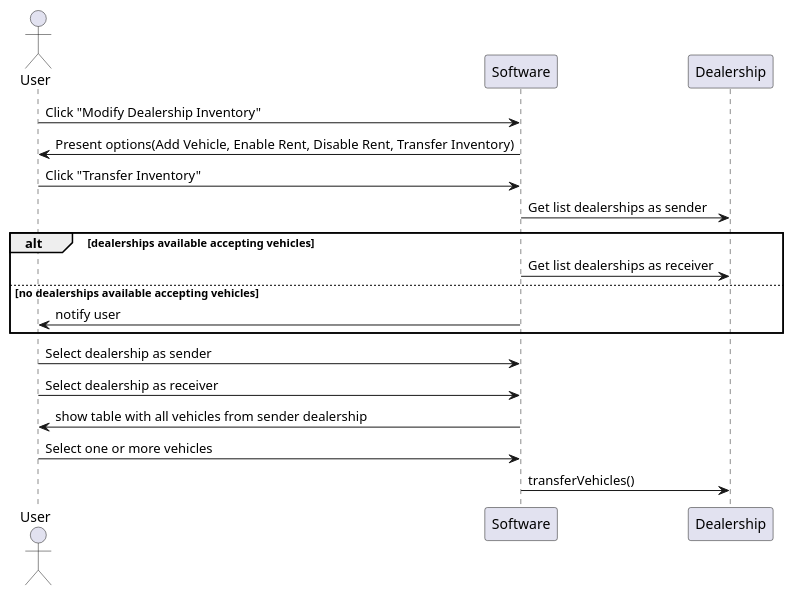
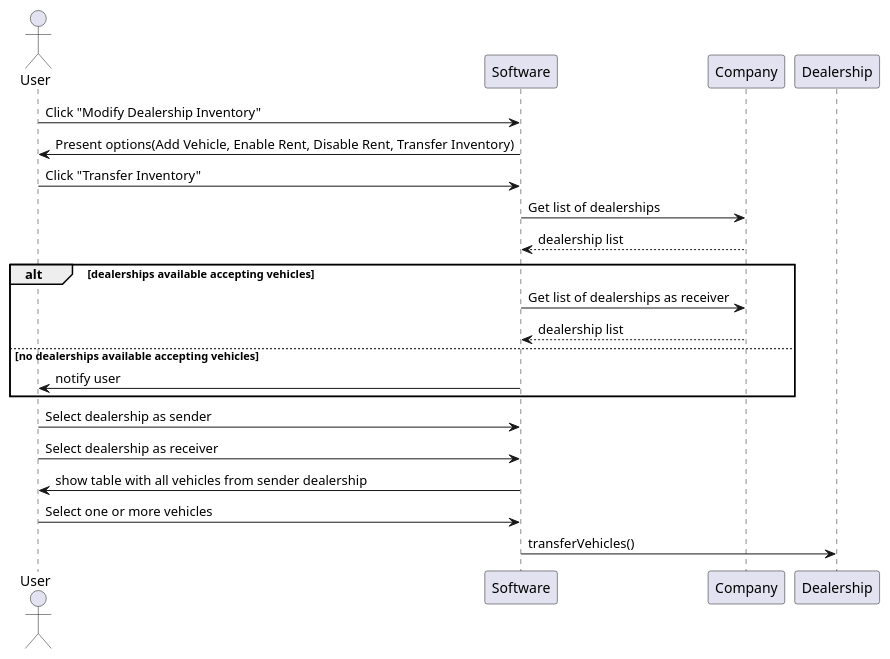
The diagram in UMLdiagrams/TransferVehicle.puml (masonday1/DealershipProject), drawn with PlantUML before and after one commit. The commit also changed 6 other files, not shown here.

Commit message:
Updated sequence diagrams and requirements. They still need to be worked on.

```diff
--- a/UMLdiagrams/TransferVehicle.puml
+++ b/UMLdiagrams/TransferVehicle.puml
@@ -1,27 +1,31 @@
 @startuml
 'https://plantuml.com/sequence-diagram
 
 actor User
 participant "Software" as System
+participant "Company" as Company
 participant "Dealership" as Dealership
 
 
 User -> System: Click "Modify Dealership Inventory"
 System -> User: Present options(Add Vehicle, Enable Rent, Disable Rent, Transfer Inventory)
 User -> System: Click "Transfer Inventory"
-System -> Dealership: Get list dealerships as sender
+System -> Company: Get list of dealerships
+Company --> System: dealership list
+
 
 alt dealerships available accepting vehicles
-    System -> Dealership: Get list dealerships as receiver
+    System -> Company: Get list of dealerships as receiver
+    Company --> System: dealership list
 else no dealerships available accepting vehicles
     System -> User: notify user
     end
 
 User -> System: Select dealership as sender
 User -> System: Select dealership as receiver
 
 System -> User: show table with all vehicles from sender dealership
 User -> System: Select one or more vehicles
 System -> Dealership: transferVehicles()
 
 @enduml
```
